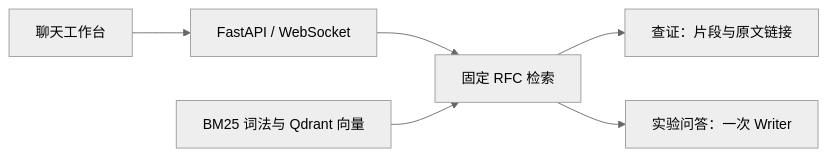
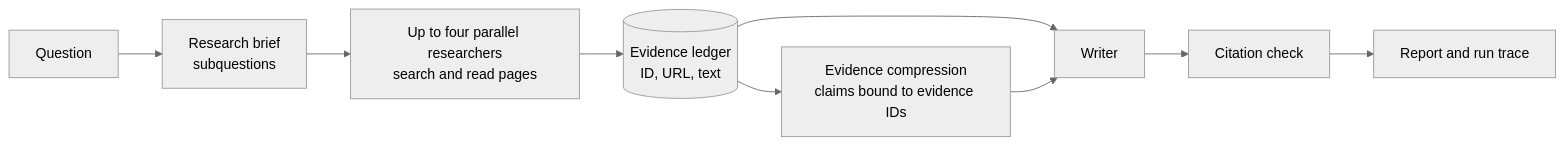
One commit to huichimegumi/deepsearch-agents changed the second of 2 diagrams in README.md. Above: the diagram before and after it, drawn with Mermaid (neutral theme). The commit also changed other lines of this file and 13 other files, not shown here.

First line of the commit message:
feat(web): showcase parallel research with live-run screenshots

````diff
--- a/README.md
+++ b/README.md
@@ -42,8 +212,11 @@
 ```mermaid
 flowchart LR
-    UI[聊天工作台] --> API[FastAPI / WebSocket]
-    API --> R[固定 RFC 检索]
-    KB[BM25 词法与 Qdrant 向量] --> R
-    R --> S[查证：片段与原文链接]
-    R --> W[实验问答：一次 Writer]
+    Q[Question] --> B[Research brief<br/>subquestions]
+    B --> P[Up to four parallel researchers<br/>search and read pages]
+    P --> E[(Evidence ledger<br/>ID, URL, text)]
+    E --> C[Evidence compression<br/>claims bound to evidence IDs]
+    E --> W[Writer]
+    C --> W
+    W --> V[Citation check]
+    V --> O[Report and run trace]
 ```
````
